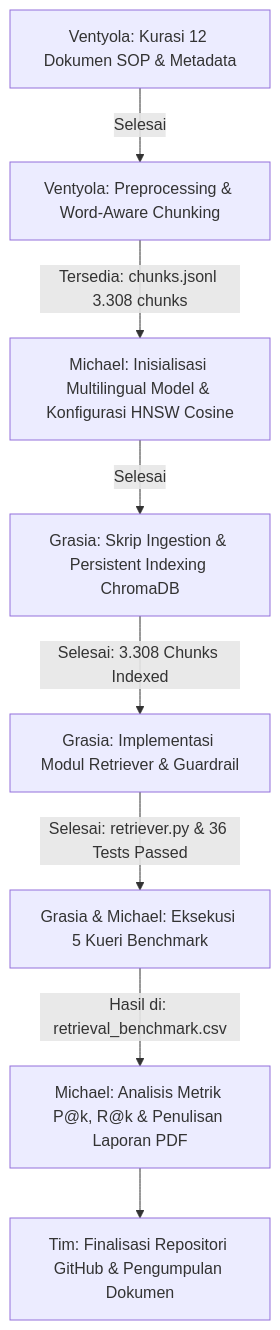
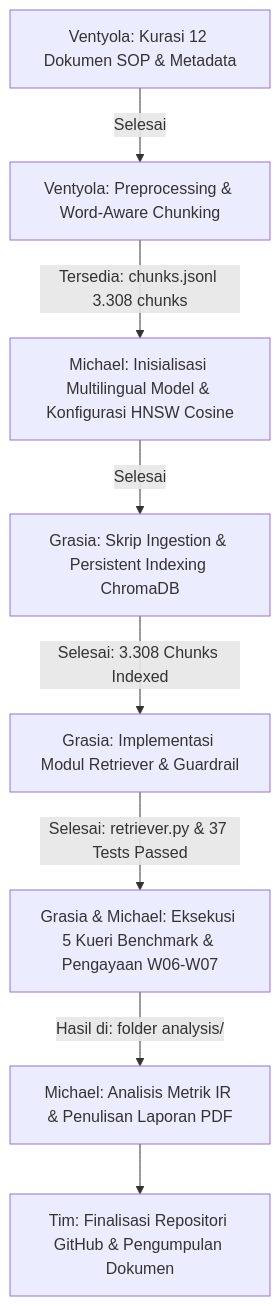
The second of 2 diagrams in docs/milestone3_plan.md (MichaelNasution/Enterprise-AI-Copilot), drawn with Mermaid before and after one commit. The commit also changed other lines of this file and 2 other files, not shown here.

````diff
--- a/docs/milestone3_plan.md
+++ b/docs/milestone3_plan.md
@@ -174,10 +180,10 @@
 ```mermaid
 flowchart TD
     A[Ventyola: Kurasi 12 Dokumen SOP & Metadata] -->|Selesai| B[Ventyola: Preprocessing & Word-Aware Chunking]
     B -->|Tersedia: chunks.jsonl 3.308 chunks| C[Michael: Inisialisasi Multilingual Model & Konfigurasi HNSW Cosine]
     C -->|Selesai| D[Grasia: Skrip Ingestion & Persistent Indexing ChromaDB]
     D -->|Selesai: 3.308 Chunks Indexed| E[Grasia: Implementasi Modul Retriever & Guardrail]
-    E -->|Selesai: retriever.py & 36 Tests Passed| F[Grasia & Michael: Eksekusi 5 Kueri Benchmark]
-    F -->|Hasil di: retrieval_benchmark.csv| G[Michael: Analisis Metrik P@k, R@k & Penulisan Laporan PDF]
+    E -->|Selesai: retriever.py & 37 Tests Passed| F[Grasia & Michael: Eksekusi 5 Kueri Benchmark & Pengayaan W06-W07]
+    F -->|Hasil di: folder analysis/| G[Michael: Analisis Metrik IR & Penulisan Laporan PDF]
     G --> H[Tim: Finalisasi Repositori GitHub & Pengumpulan Dokumen]
 ```
````
